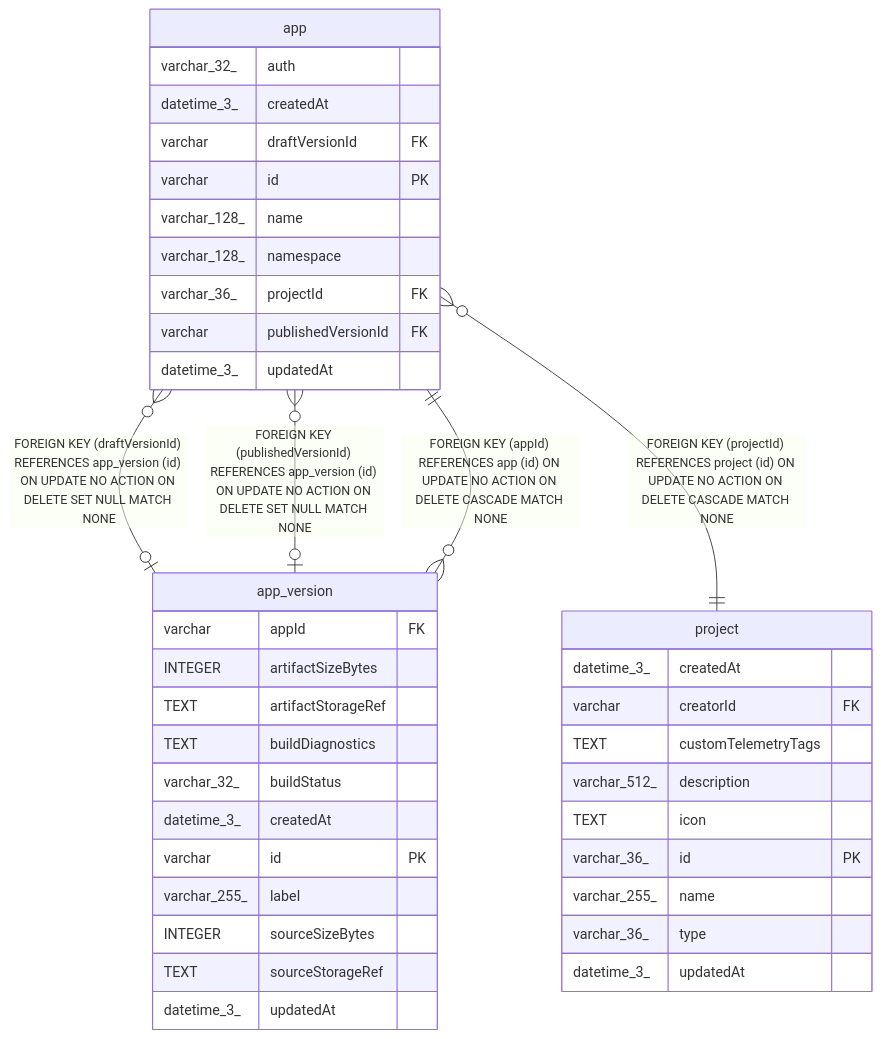
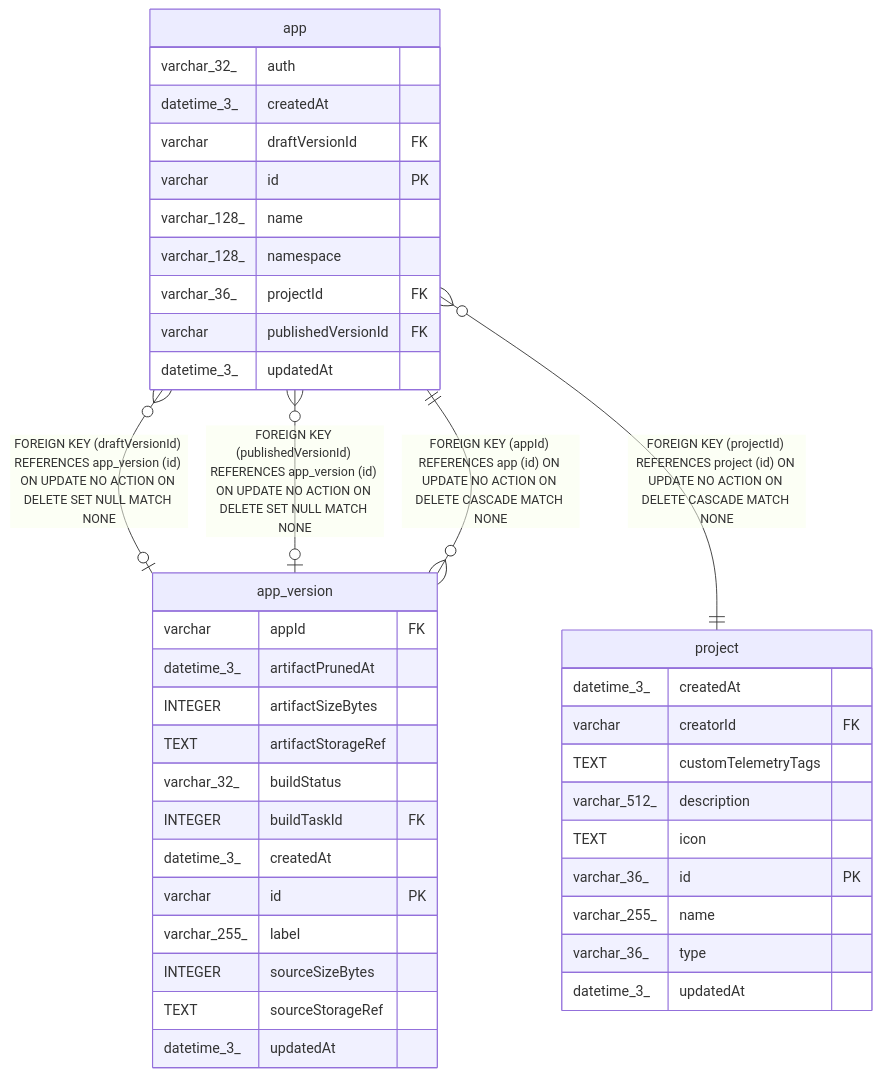
Before and after one commit to ATAC-tounde/n8n-private: the diagram in docs/generated/sqlite-schema/app.md, drawn with Mermaid. The commit also changed 10 other files, not shown here.

````diff
--- a/docs/generated/sqlite-schema/app.md
+++ b/docs/generated/sqlite-schema/app.md
@@ -51,44 +51,45 @@
 ```mermaid
 erDiagram
 
 "app" }o--o| "app_version" : "FOREIGN KEY (draftVersionId) REFERENCES app_version (id) ON UPDATE NO ACTION ON DELETE SET NULL MATCH NONE"
 "app_version" }o--|| "app" : "FOREIGN KEY (appId) REFERENCES app (id) ON UPDATE NO ACTION ON DELETE CASCADE MATCH NONE"
 "app" }o--|| "project" : "FOREIGN KEY (projectId) REFERENCES project (id) ON UPDATE NO ACTION ON DELETE CASCADE MATCH NONE"
 "app" }o--o| "app_version" : "FOREIGN KEY (publishedVersionId) REFERENCES app_version (id) ON UPDATE NO ACTION ON DELETE SET NULL MATCH NONE"
 
 "app" {
   varchar_32_ auth
   datetime_3_ createdAt
   varchar draftVersionId FK
   varchar id PK
   varchar_128_ name
   varchar_128_ namespace
   varchar_36_ projectId FK
   varchar publishedVersionId FK
   datetime_3_ updatedAt
 }
 "app_version" {
   varchar appId FK
+  datetime_3_ artifactPrunedAt
   INTEGER artifactSizeBytes
   TEXT artifactStorageRef
-  TEXT buildDiagnostics
   varchar_32_ buildStatus
+  INTEGER buildTaskId FK
   datetime_3_ createdAt
   varchar id PK
   varchar_255_ label
   INTEGER sourceSizeBytes
   TEXT sourceStorageRef
   datetime_3_ updatedAt
 }
 "project" {
   datetime_3_ createdAt
   varchar creatorId FK
   TEXT customTelemetryTags
   varchar_512_ description
   TEXT icon
   varchar_36_ id PK
   varchar_255_ name
   varchar_36_ type
   datetime_3_ updatedAt
 }
 ```
````
